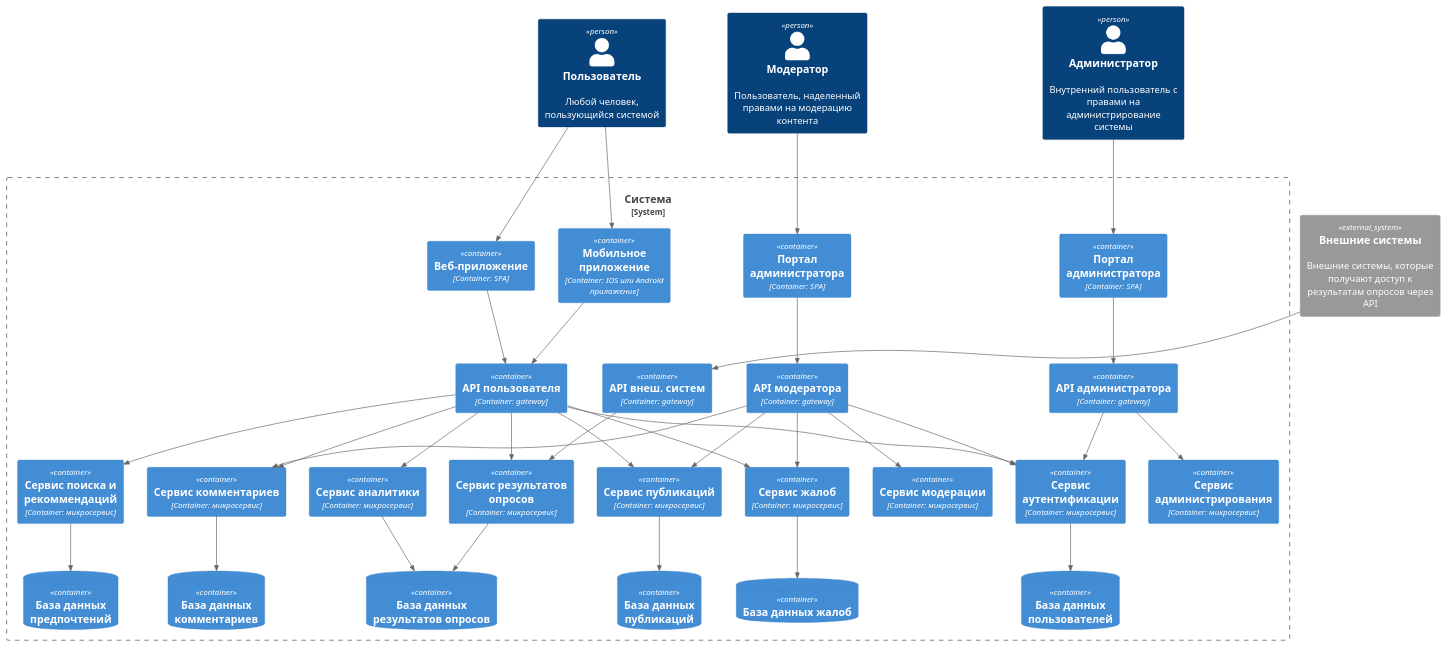
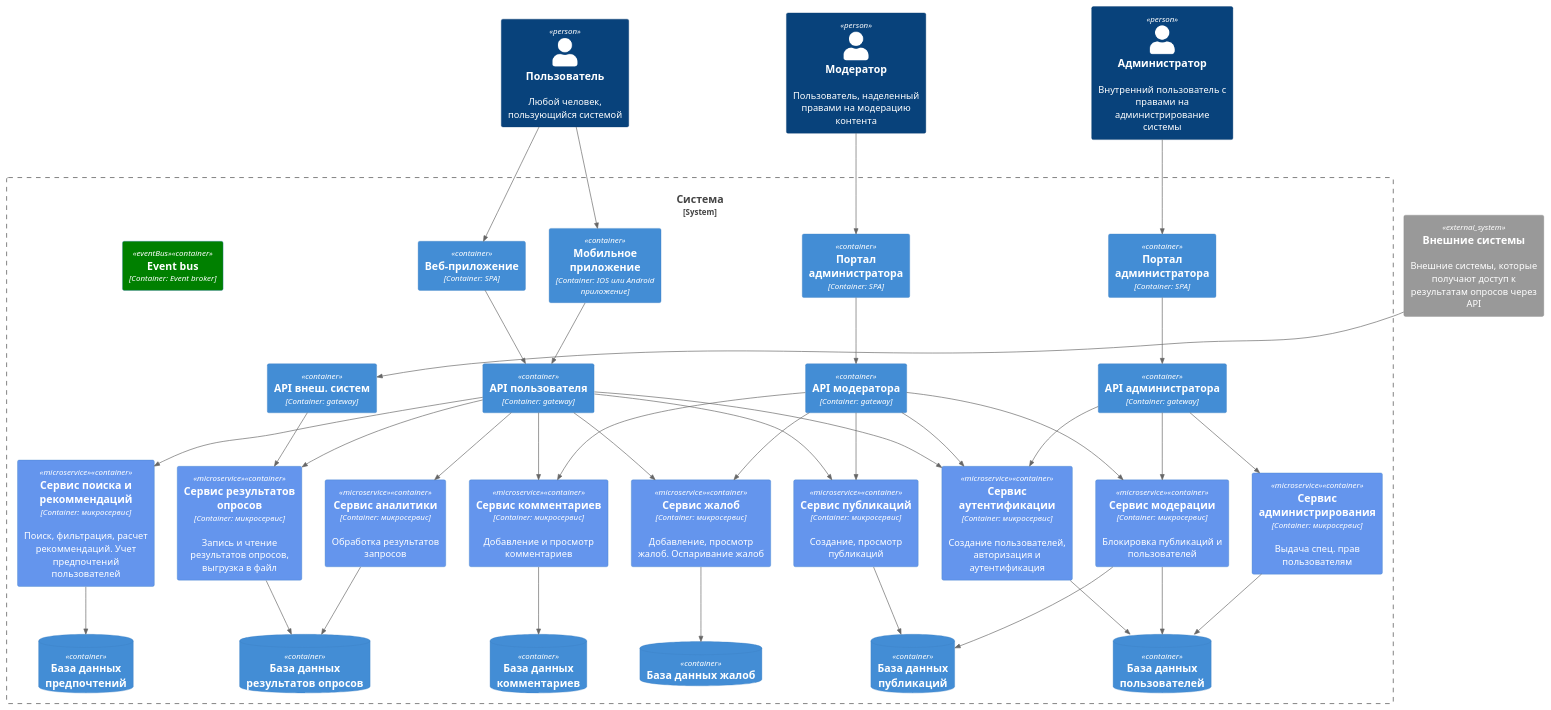
The diagram in container.puml (MEfah/Architecture), drawn with PlantUML before and after one commit.

Commit message:
Закончил диаграмму контейнеров

```diff
--- a/container.puml
+++ b/container.puml
@@ -1,77 +1,102 @@
 @startuml context
-!include  https://raw.githubusercontent.com/plantuml-stdlib/C4-PlantUML/master/C4_Container.puml
+!include https://raw.githubusercontent.com/plantuml-stdlib/C4-PlantUML/master/C4_Container.puml
+
+AddElementTag("database", $bgColor="lightSkyBlue")
+AddElementTag("microservice", $bgColor="CornflowerBlue")
+AddElementTag("eventBus", $bgColor="Green")
 
 Person(user, "Пользователь", "Любой человек, пользующийся системой")
 Person(mod, "Модератор", "Пользователь, наделенный правами на модерацию контента")
 Person(admin, "Администратор", "Внутренний пользователь с правами на администрирование системы")
 System_Ext(externalSystems, "Внешние системы", "Внешние системы, которые получают доступ к результатам опросов через API")
+
+
 
 System_Boundary(system, "Система"){
     Container(webApp, "Веб-приложение", "Container: SPA")
     Container(mobileApp, "Мобильное приложение", "Container: IOS или Android приложение")
     Container(adminPortal, "Портал администратора", "Container: SPA")
     Container(modPortal, "Портал администратора", "Container: SPA")
     
     Container(userAPI, "API пользователя", "Container: gateway")
     Container(modAPI, "API модератора", "Container: gateway")
     Container(adminAPI, "API администратора", "Container: gateway")
     Container(extAPI, "API внеш. систем", "Container: gateway")
 
-    Container(authService, "Сервис аутентификации", "Container: микросервис")
-    Container(publicationService, "Сервис публикаций", "Container: микросервис")
-    Container(modService, "Сервис модерации", "Container: микросервис")
-    Container(adminService, "Сервис администрирования", "Container: микросервис")
-    Container(contentBrowsingService, "Сервис поиска и рекоммендаций", "Container: микросервис")
-    Container(surveyResultService, "Сервис результатов опросов", "Container: микросервис")
-    Container(analyticsService, "Сервис аналитики", "Container: микросервис")
-    Container(commentsService, "Сервис комментариев", "Container: микросервис")
-    Container(reportService, "Сервис жалоб", "Container: микросервис")
+    Container(authService, "Сервис аутентификации", "Container: микросервис", "Создание пользователей, авторизация и аутентификация", $tags="microservice")
+    Container(publicationService, "Сервис публикаций", "Container: микросервис", "Создание, просмотр публикаций", $tags="microservice")
+    Container(modService, "Сервис модерации", "Container: микросервис", "Блокировка публикаций и пользователей", $tags="microservice")
+    Container(adminService, "Сервис администрирования", "Container: микросервис", "Выдача спец. прав пользователям", $tags="microservice")
+    Container(contentBrowsingService, "Сервис поиска и рекоммендаций", "Container: микросервис", "Поиск, фильтрация, расчет рекоммендаций. Учет предпочтений пользователей", $tags="microservice")
+    Container(surveyResultService, "Сервис результатов опросов", "Container: микросервис", "Запись и чтение результатов опросов, выгрузка в файл", $tags="microservice")
+    Container(analyticsService, "Сервис аналитики", "Container: микросервис", "Обработка результатов опросов", $tags="microservice")
+    Container(commentsService, "Сервис комментариев", "Container: микросервис", "Добавление и просмотр комментариев", $tags="microservice")
+    Container(reportService, "Сервис жалоб", "Container: микросервис", "Добавление, просмотр жалоб. Оспаривание жалоб", $tags="microservice")
 
     ContainerDb(userDB, "База данных пользователей")
     ContainerDb(publicationDB, "База данных публикаций")
     ContainerDb(surverResultDB, "База данных результатов опросов")
     ContainerDb(commentsDB, "База данных комментариев")
     ContainerDb(reportDB, "База данных жалоб")
     ContainerDb(preferencesDB, "База данных предпочтений")
+
+    Container(eventBus, "Event bus", "Container: Event broker", $tags="eventBus")
 }
 
 Rel(user, webApp, "")
 Rel(user, mobileApp, "")
 Rel(mod, modPortal, "")
 Rel(admin, adminPortal, "")
 
 Rel(webApp, userAPI, "")
 Rel(mobileApp, userAPI, "")
 Rel(modPortal, modAPI, "")
 Rel(adminPortal, adminAPI, "")
 Rel(externalSystems, extAPI, "")
 
 Rel(userAPI, authService, "")
 Rel(userAPI, publicationService, "")
 Rel(userAPI, contentBrowsingService, "")
 Rel(userAPI, surveyResultService, "")
 Rel(userAPI, analyticsService, "")
 Rel(userAPI, commentsService, "")
 Rel(userAPI, reportService, "")
 
 Rel(modAPI, authService, "")
 Rel(modAPI, modService, "")
 Rel(modAPI, reportService, "")
 Rel(modAPI, publicationService, "")
 Rel(modAPI, commentsService, "")
 
 Rel(adminAPI, authService, "")
 Rel(adminAPI, adminService, "")
+Rel(adminAPI, modService, "")
 
 Rel(extAPI, surveyResultService, "")
 
 Rel(authService, userDB, "")
 Rel(publicationService, publicationDB, "")
 
 Rel(surveyResultService, surverResultDB, "")
 Rel(analyticsService, surverResultDB, "")
 
 Rel(commentsService, commentsDB, "")
 Rel(reportService, reportDB, "")
 Rel(contentBrowsingService, preferencesDB, "")
+
+Rel(modService, userDB, "")
+Rel(modService, publicationDB, "")
+
+Rel(adminService, userDB, "")
+
+
+
+Container(publicationService, "Сервис публикаций", "Container: микросервис", "Создание, просмотр публикаций", $tags="microservice")
+Container(modService, "Сервис модерации", "Container: микросервис", "Блокировка публикаций и пользователей", $tags="microservice")
+Container(adminService, "Сервис администрирования", "Container: микросервис", "Выдача спец. прав пользователям", $tags="microservice")
+Container(contentBrowsingService, "Сервис поиска и рекоммендаций", "Container: микросервис", "Поиск, фильтрация, расчет рекоммендаций. Учет предпочтений пользователей", $tags="microservice")
+Container(surveyResultService, "Сервис результатов опросов", "Container: микросервис", "Запись и чтение результатов опросов, выгрузка в файл", $tags="microservice")
+Container(analyticsService, "Сервис аналитики", "Container: микросервис", "Обработка результатов запросов", $tags="microservice")
+Container(commentsService, "Сервис комментариев", "Container: микросервис", "Добавление и просмотр комментариев", $tags="microservice")
+Container(reportService, "Сервис жалоб", "Container: микросервис", "Добавление, просмотр жалоб. Оспаривание жалоб", $tags="microservice")
 @enduml
```
